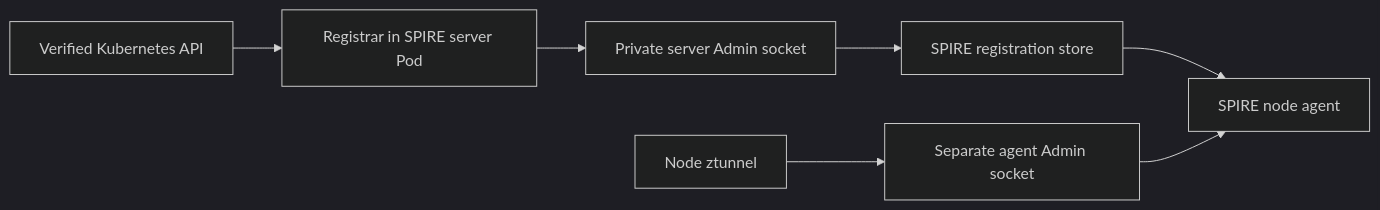
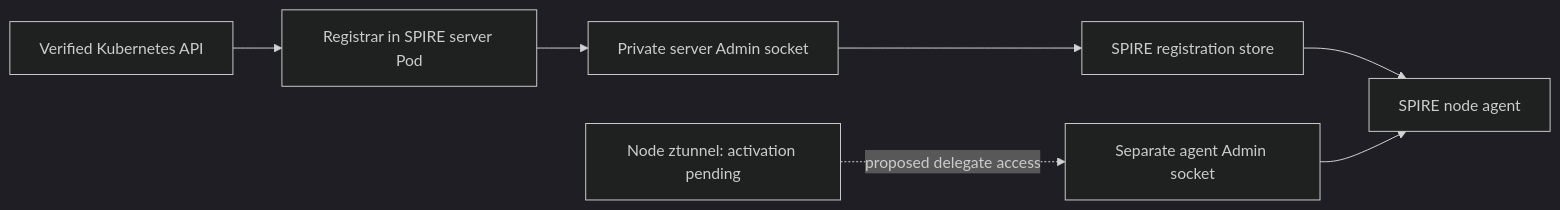
Before and after one commit to ephico2real2/clustermesh-trust-controller: the diagram in LOCAL_SPIRE_REGISTRAR.md, drawn with Mermaid (dark theme). The commit also changed other lines of this file and 130 other files, not shown here.

First line of the commit message:
docs: clarify PKI flow, local builds and qualification evidence

````diff
--- a/LOCAL_SPIRE_REGISTRAR.md
+++ b/LOCAL_SPIRE_REGISTRAR.md
@@ -9,9 +15,9 @@
 ```mermaid
 flowchart LR
   K[Verified Kubernetes API] --> R[Registrar in SPIRE server Pod]
   R --> U[Private server Admin socket]
   U --> S[SPIRE registration store]
   S --> A[SPIRE node agent]
-  Z[Node ztunnel] --> D[Separate agent Admin socket]
+  Z[Node ztunnel: activation pending] -. proposed delegate access .-> D[Separate agent Admin socket]
   D --> A
 ```
````
